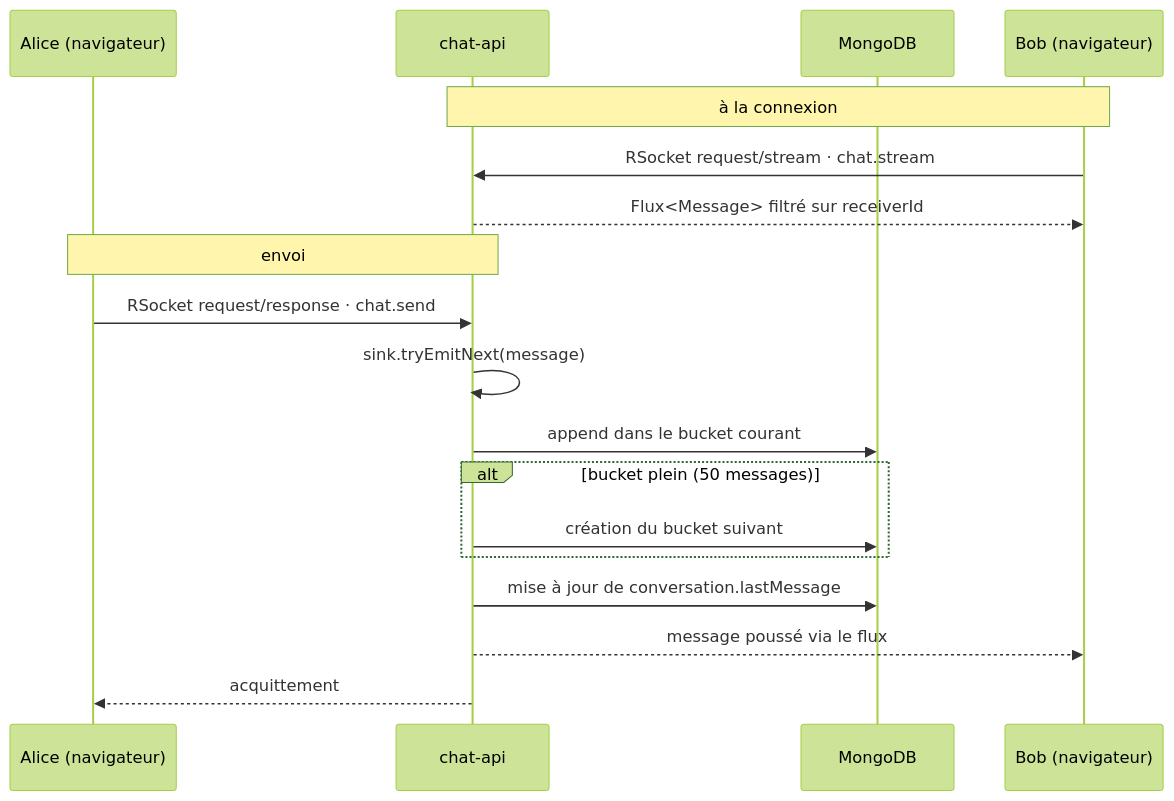
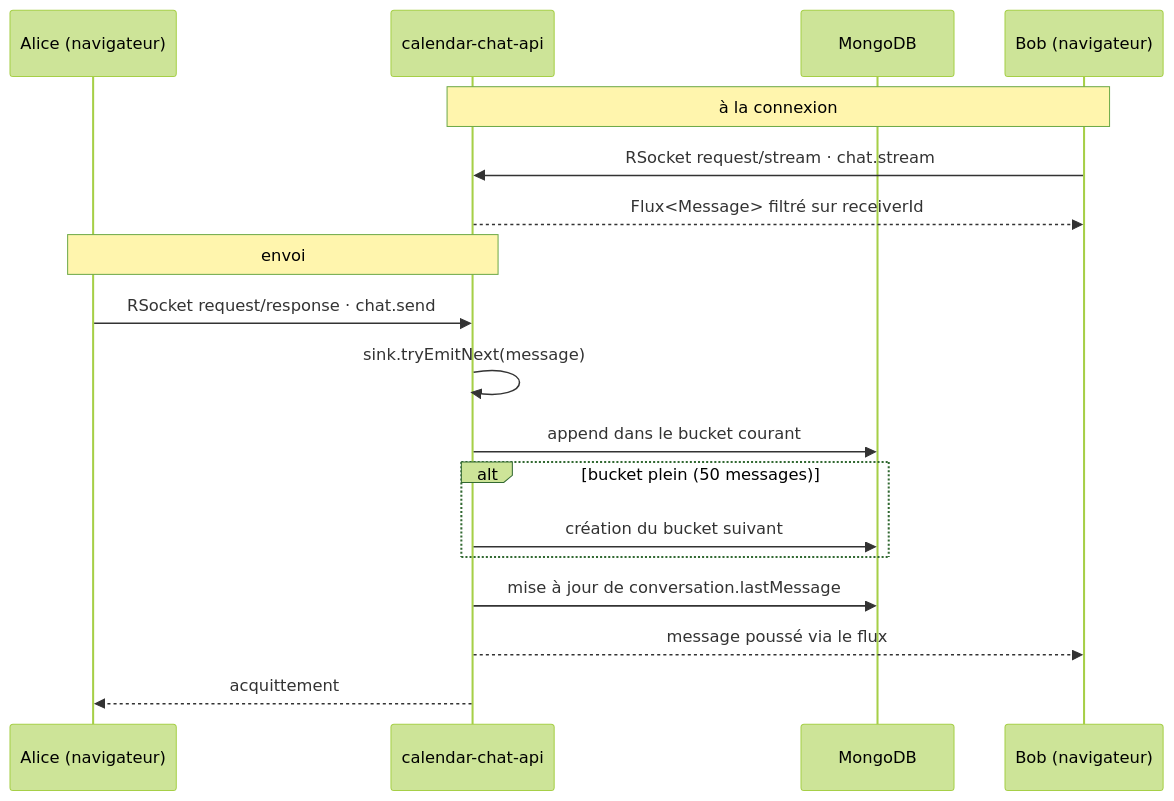
One commit to WelyLabs/wely-chat changed the diagram in README.md. Above: the diagram before and after it, drawn with Mermaid (forest theme). The commit also changed other lines of this file, not shown here.

Commit message:
docs: use the real repository names
Component names in prose, tables and diagrams were shortened (users-api,
social-api, chat-api, events-api). Use the actual repository names instead, so
a reader can map every mention to a repository without guessing.

Kubernetes object names (wely-users, wely-gateway, …) and path prefixes
(/user-service, …) are deliberately left alone: they are different
identifiers, not abbreviations.

````diff
--- a/README.md
+++ b/README.md
@@ -126,22 +126,22 @@
 ```mermaid
 sequenceDiagram
     participant A as Alice (navigateur)
-    participant S as chat-api
+    participant S as calendar-chat-api
     participant DB as MongoDB
     participant B as Bob (navigateur)
 
     Note over B,S: à la connexion
     B->>S: RSocket request/stream · chat.stream
     S-->>B: Flux<Message> filtré sur receiverId
 
     Note over A,S: envoi
     A->>S: RSocket request/response · chat.send
     S->>S: sink.tryEmitNext(message)
     S->>DB: append dans le bucket courant
     alt bucket plein (50 messages)
         S->>DB: création du bucket suivant
     end
     S->>DB: mise à jour de conversation.lastMessage
     S-->>B: message poussé via le flux
     S-->>A: acquittement
 ```
````
